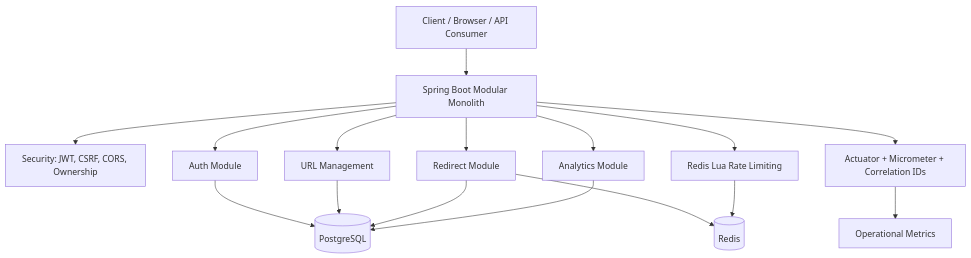
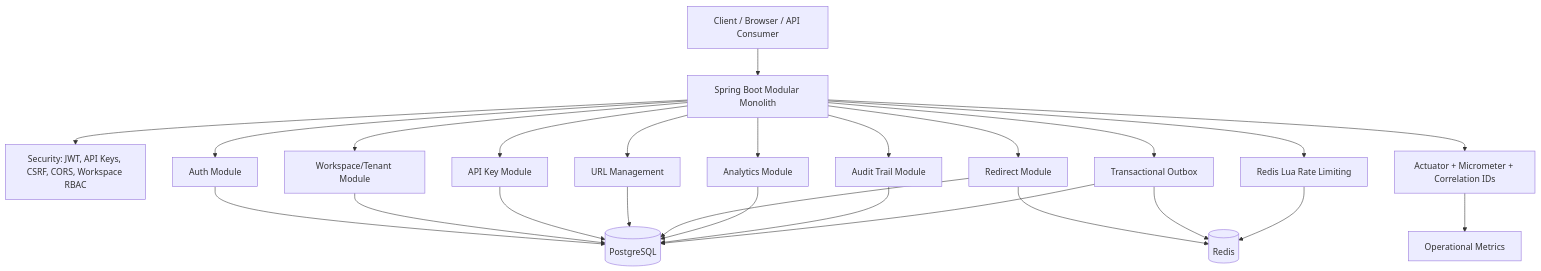
Before and after one commit to Amankapse/AI-Assisted-URL-Shortener: the diagram in README.md, drawn with Mermaid. The commit also changed other lines of this file and 134 other files, not shown here.

````diff
--- a/README.md
+++ b/README.md
@@ -63,18 +71,27 @@
 ```mermaid
 flowchart TB
     Client[Client / Browser / API Consumer] --> App[Spring Boot Modular Monolith]
-    App --> Security[Security: JWT, CSRF, CORS, Ownership]
+    App --> Security[Security: JWT, API Keys, CSRF, CORS, Workspace RBAC]
     App --> Auth[Auth Module]
+    App --> Workspaces[Workspace/Tenant Module]
+    App --> Audit[Audit Trail Module]
+    App --> ApiKeys[API Key Module]
+    App --> Outbox[Transactional Outbox]
     App --> Urls[URL Management]
     App --> Redirect[Redirect Module]
     App --> Analytics[Analytics Module]
     App --> RateLimit[Redis Lua Rate Limiting]
     App --> Observability[Actuator + Micrometer + Correlation IDs]
     Auth --> Postgres[(PostgreSQL)]
+    Workspaces --> Postgres
+    ApiKeys --> Postgres
     Urls --> Postgres
     Redirect --> Redis[(Redis)]
     Redirect --> Postgres
     Analytics --> Postgres
+    Audit --> Postgres
+    Outbox --> Postgres
+    Outbox --> Redis
     RateLimit --> Redis
     Observability --> Metrics[Operational Metrics]
 ```
````
